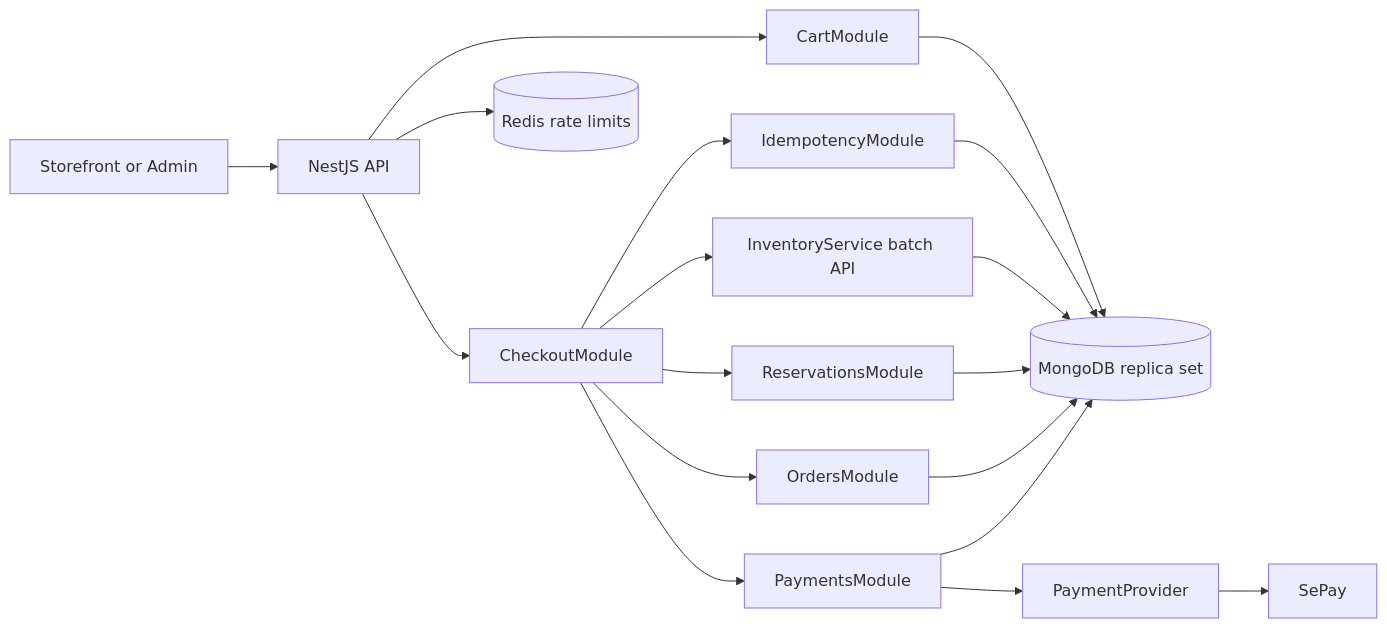
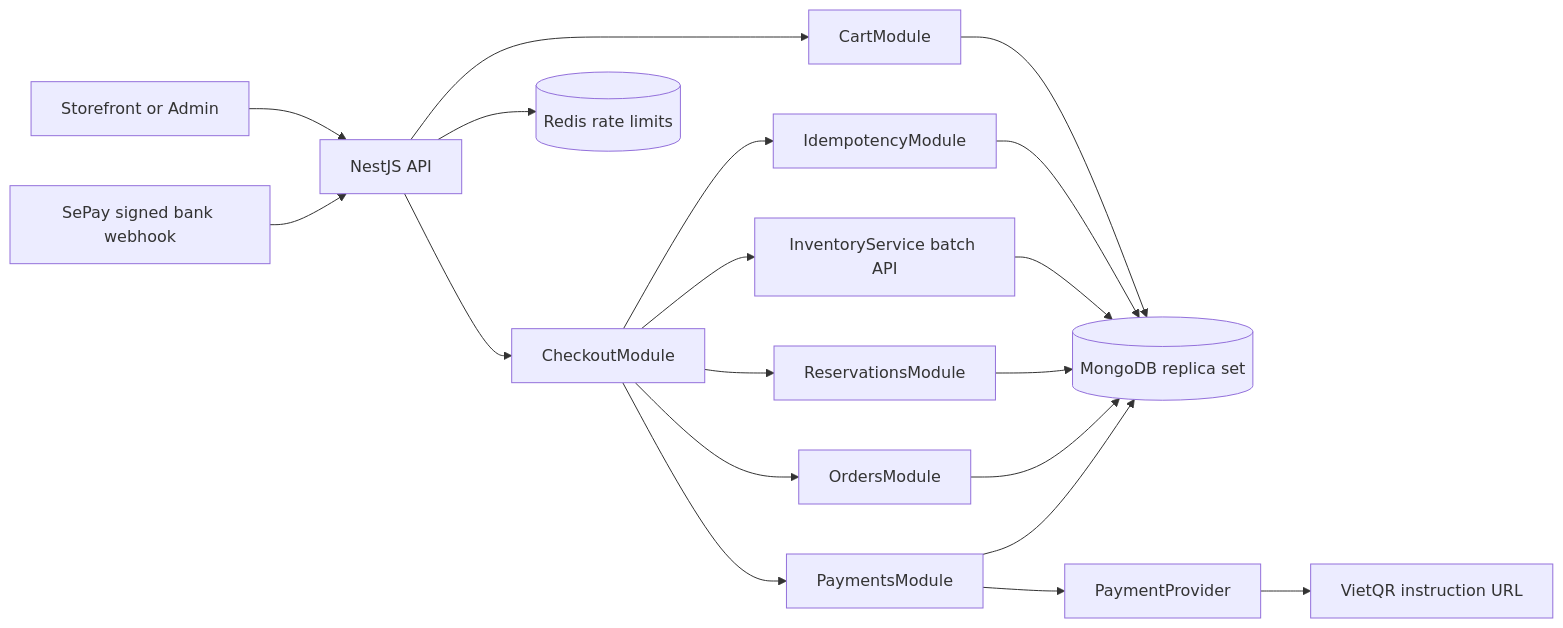
Before and after one commit to khanhlinhcode/farta-commerce: the diagram in docs/phase-4/architecture.md, drawn with Mermaid. The commit also changed other lines of this file and 44 other files, not shown here.

````diff
--- a/docs/phase-4/architecture.md
+++ b/docs/phase-4/architecture.md
@@ -7,20 +7,21 @@
 ```mermaid
 flowchart LR
   Browser[Storefront or Admin] --> API[NestJS API]
   API --> Cart[CartModule]
   API --> Checkout[CheckoutModule]
   Checkout --> Idem[IdempotencyModule]
   Checkout --> Inventory[InventoryService batch API]
   Checkout --> Reserve[ReservationsModule]
   Checkout --> Orders[OrdersModule]
   Checkout --> Payments[PaymentsModule]
   Cart --> Mongo[(MongoDB replica set)]
   Idem --> Mongo
   Inventory --> Mongo
   Reserve --> Mongo
   Orders --> Mongo
   Payments --> Mongo
   Payments --> Provider[PaymentProvider]
-  Provider --> SePay[SePay]
+  Provider --> QR[VietQR instruction URL]
+  SePay[SePay signed bank webhook] --> API
   API --> Redis[(Redis rate limits)]
 ```
````
